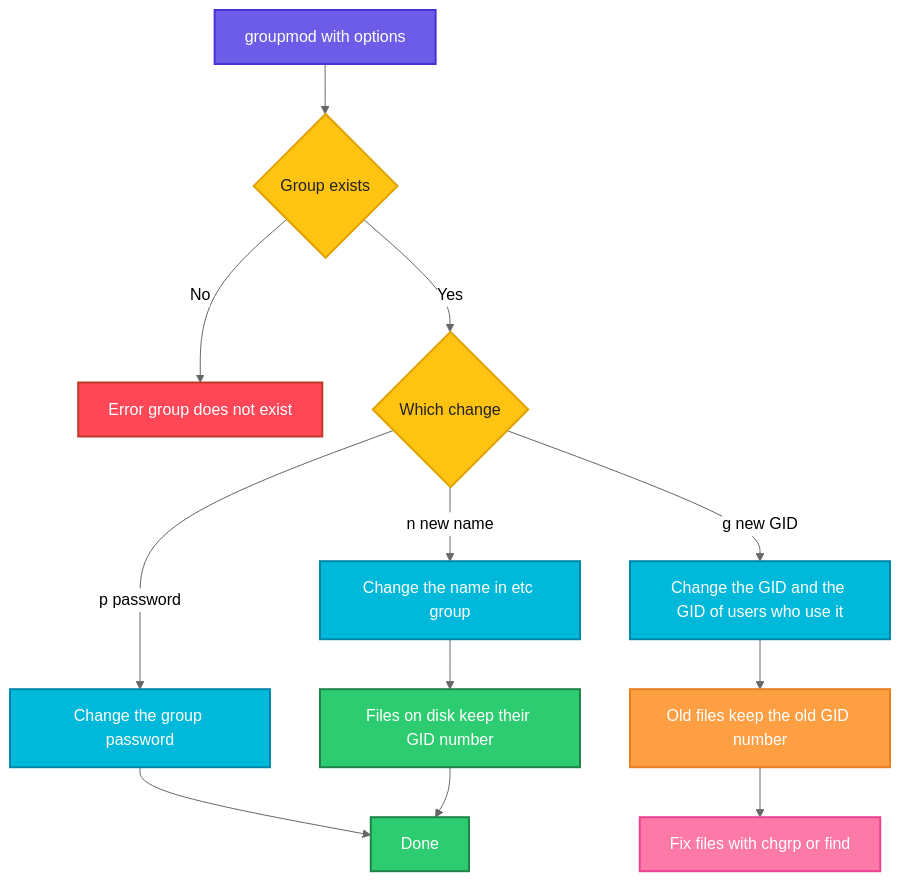
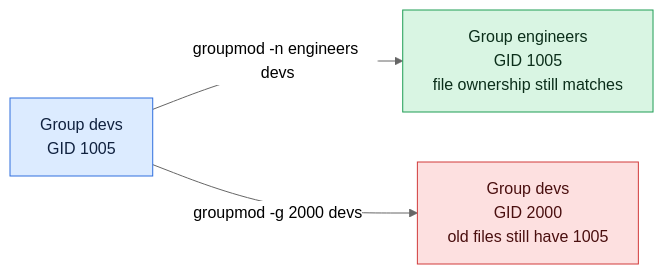
Before and after one commit to codeKerdosTech/DevOps-Documentation: the diagram in linux/user-management/groupmod.md, drawn with Mermaid (neutral theme). The commit also changed other lines of this file and 165 other files, not shown here.

Commit message:
updated diagrams in linux

````diff
--- a/linux/user-management/groupmod.md
+++ b/linux/user-management/groupmod.md
@@ -17,28 +17,13 @@
 ```mermaid
-flowchart TD
-    A[groupmod with options] --> B{Group exists}
-    B -->|No| C[Error group does not exist]
-    B -->|Yes| D{Which change}
-    D -->|n new name| E[Change the name in etc group]
-    D -->|g new GID| F[Change the GID and the GID of users who use it]
-    D -->|p password| G[Change the group password]
-    E --> H[Files on disk keep their GID number]
-    F --> I[Old files keep the old GID number]
-    G --> J[Done]
-    H --> J
-    I --> K[Fix files with chgrp or find]
-    classDef start fill:#6C5CE7,stroke:#4834D4,stroke-width:2px,color:#fff
-    classDef proc fill:#00B8D9,stroke:#0087A8,stroke-width:2px,color:#fff
-    classDef dec fill:#FFC312,stroke:#E1A100,stroke-width:2px,color:#222
-    classDef ok fill:#2ECC71,stroke:#1E8449,stroke-width:2px,color:#fff
-    classDef err fill:#FF4757,stroke:#C0392B,stroke-width:2px,color:#fff
-    classDef out fill:#FD79A8,stroke:#E84393,stroke-width:2px,color:#fff
-    classDef alt fill:#FF9F43,stroke:#E67E22,stroke-width:2px,color:#fff
-    class A start
-    class B,D dec
-    class C err
-    class E,F,G proc
-    class H,J ok
-    class I alt
-    class K out
+flowchart LR
+    i1[Group devs<br/>GID 1005] -->|groupmod -n engineers devs| o1[Group engineers<br/>GID 1005<br/>file ownership still matches]
+    i1 -->|groupmod -g 2000 devs| x1[Group devs<br/>GID 2000<br/>old files still have 1005]
+    classDef inp fill:#DCEBFF,stroke:#2F6FDE,color:#10213F
+    classDef cmd fill:#FFF0C2,stroke:#C98A00,color:#3A2A00
+    classDef out fill:#D9F5E3,stroke:#1F9D55,color:#0B2E1A
+    classDef bad fill:#FDE0E0,stroke:#D13B3B,color:#4A0F0F
+    classDef note fill:#ECEFF3,stroke:#7B8794,color:#1F2933
+    class i1 inp
+    class o1 out
+    class x1 bad
 ```
````
